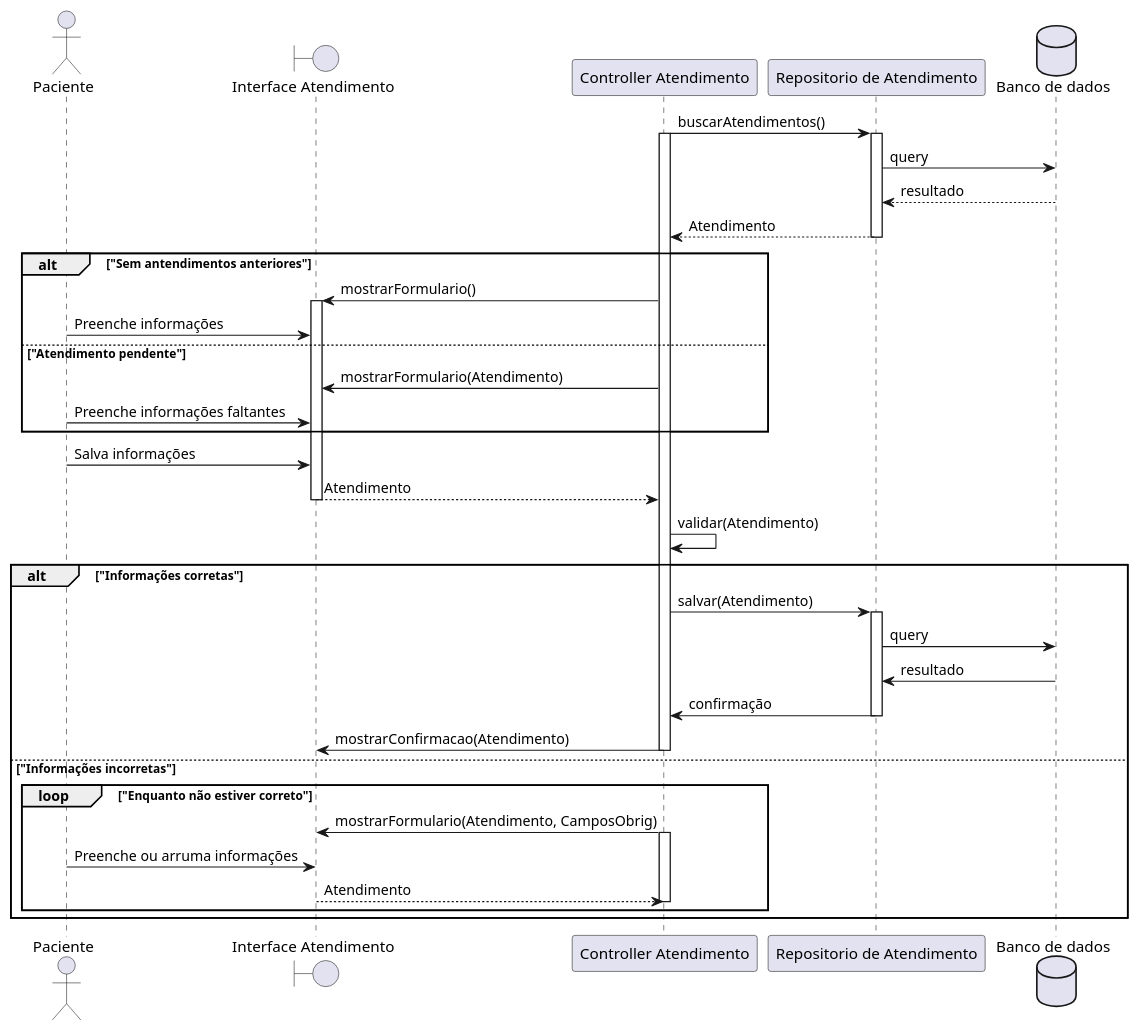
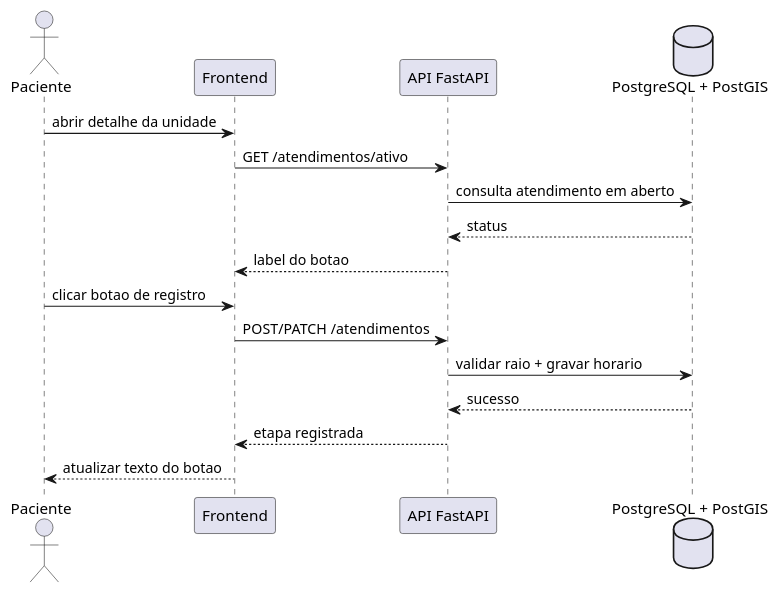
One commit to PurpleLobster31/Erro404_LabEngSoftw_06N changed the diagram in docs/UC004.md. Above: the diagram before and after it, drawn with PlantUML. The commit also changed other lines of this file and 8 other files, not shown here.

````diff
--- a/docs/UC004.md
+++ b/docs/UC004.md
@@ -61,60 +57,23 @@
 ```plantuml
 @startuml
     actor Paciente as pac
-    boundary "Interface Atendimento" as intat
-    participant "Controller Atendimento" as contat
-    participant "Repositorio de Atendimento" as atre
-    database "Banco de dados" as bd
-    
-    contat -> atre: buscarAtendimentos()
-    activate contat
-    activate atre
-    atre -> bd: query
-    bd --> atre: resultado
-    atre --> contat: Atendimento
-    deactivate atre
+    participant "Frontend" as fe
+    participant "API FastAPI" as api
+    database "PostgreSQL + PostGIS" as bd
 
-    alt "Sem antendimentos anteriores"
-        contat -> intat: mostrarFormulario()
-        activate intat
-        pac -> intat: Preenche informações
-    else "Atendimento pendente"
-        contat -> intat: mostrarFormulario(Atendimento)
-        pac -> intat: Preenche informações faltantes
-    end 
-    pac -> intat: Salva informações
-    intat --> contat: Atendimento
-    deactivate intat
-    contat -> contat: validar(Atendimento)
+    pac -> fe: abrir detalhe da unidade
+    fe -> api: GET /atendimentos/ativo
+    api -> bd: consulta atendimento em aberto
+    bd --> api: status
+    api --> fe: label do botao
 
-    alt "Informações corretas" 
-        contat -> atre: salvar(Atendimento)
-        activate atre
-        atre -> bd: query
-        bd -> atre: resultado
-        atre -> contat: confirmação
-        deactivate atre
-        contat -> intat: mostrarConfirmacao(Atendimento)
-        deactivate contat
-    else "Informações incorretas"
-        loop "Enquanto não estiver correto"
-            contat -> intat: mostrarFormulario(Atendimento, CamposObrig)
-            activate contat
-            pac -> intat: Preenche ou arruma informações 
-            intat --> contat: Atendimento
-            deactivate contat
-        end
-    end
-
-
-
-
-
-
-
-
-
+    pac -> fe: clicar botao de registro
+    fe -> api: POST/PATCH /atendimentos
+    api -> bd: validar raio + gravar horario
+    bd --> api: sucesso
+    api --> fe: etapa registrada
+    fe --> pac: atualizar texto do botao
 
 
 @enduml
 ```
````
